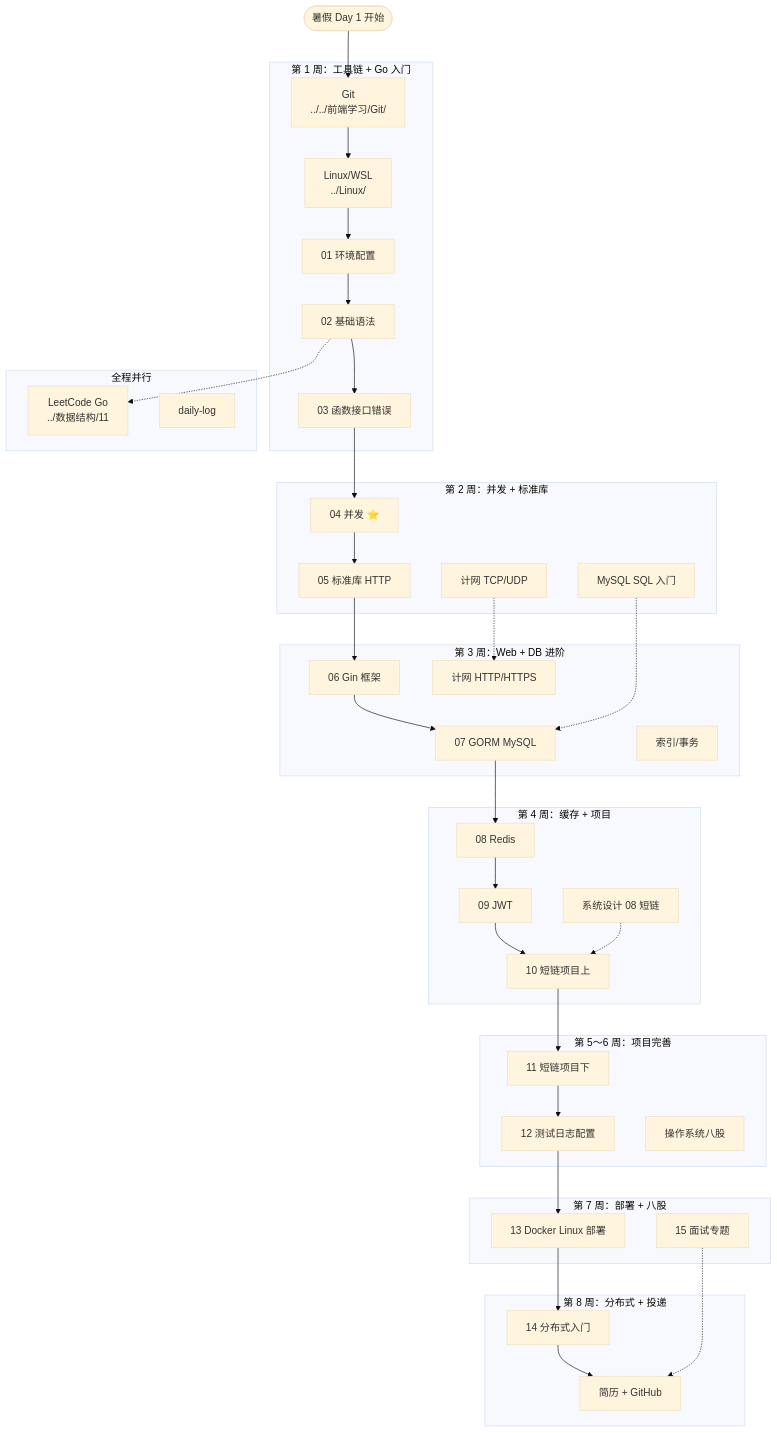
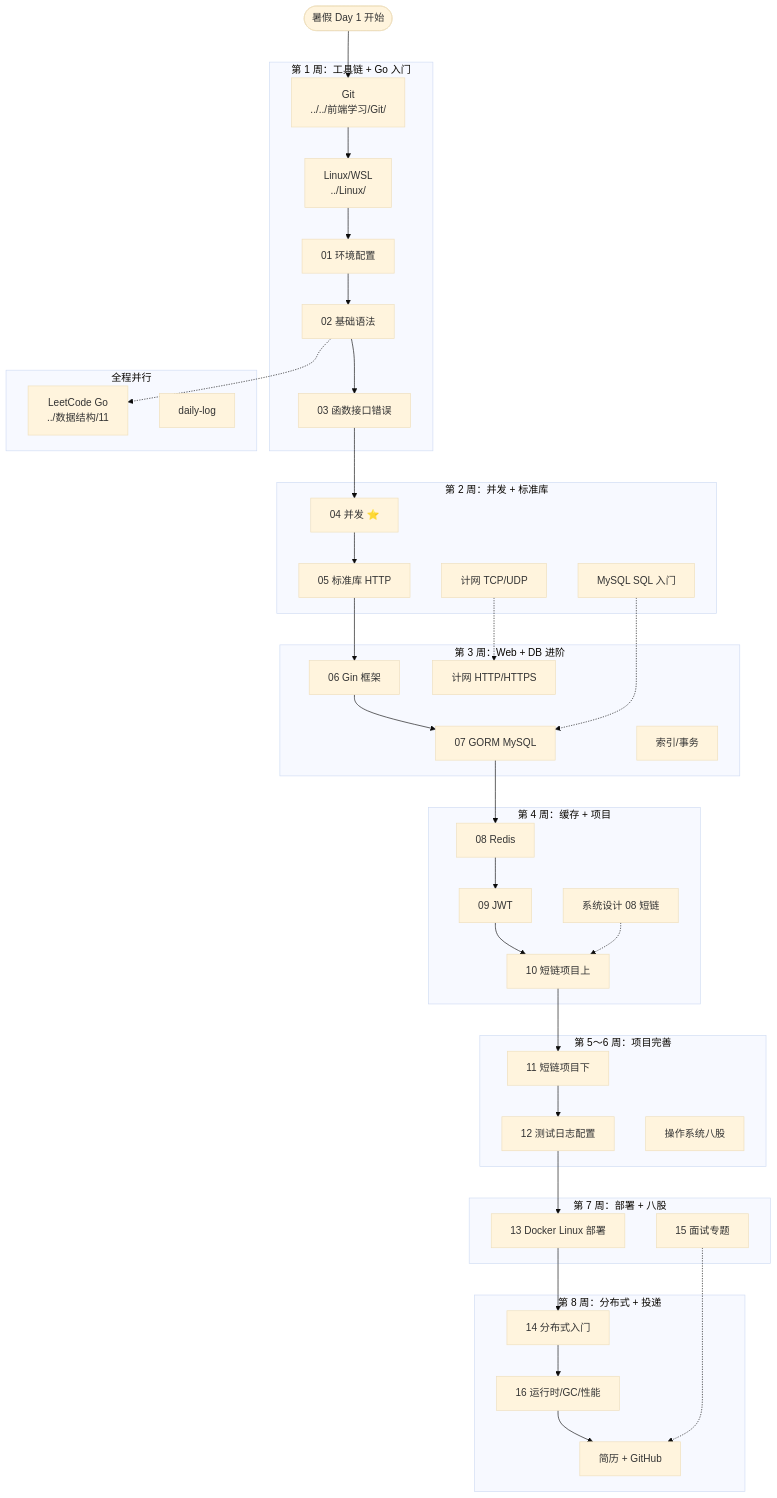
Before and after one commit to moqix26/study: the second of 3 diagrams in 后端学习/Go/00-学习路线图与说明.md, drawn with Mermaid (base theme). The commit also changed other lines of this file and 17 other files, not shown here.

````diff
--- a/后端学习/Go/00-学习路线图与说明.md
+++ b/后端学习/Go/00-学习路线图与说明.md
@@ -163,68 +163,69 @@
 ```mermaid
 flowchart TB
     START([暑假 Day 1 开始])
 
     subgraph W1["第 1 周：工具链 + Go 入门"]
         GIT[Git<br/>../../前端学习/Git/]
         LINUX[Linux/WSL<br/>../Linux/]
         GO01[01 环境配置]
         GO02[02 基础语法]
         GO03[03 函数接口错误]
     end
 
     subgraph W2["第 2 周：并发 + 标准库"]
         GO04[04 并发 ⭐]
         GO05[05 标准库 HTTP]
         MYSQL0[MySQL SQL 入门]
         NET_TCP[计网 TCP/UDP]
     end
 
     subgraph W3["第 3 周：Web + DB 进阶"]
         GO06[06 Gin 框架]
         GO07[07 GORM MySQL]
         NET_HTTP[计网 HTTP/HTTPS]
         MYSQL1[索引/事务]
     end
 
     subgraph W4["第 4 周：缓存 + 项目"]
         GO08[08 Redis]
         GO09[09 JWT]
         GO10[10 短链项目上]
         SYS08[系统设计 08 短链]
     end
 
     subgraph W5W6["第 5～6 周：项目完善"]
         GO11[11 短链项目下]
         GO12[12 测试日志配置]
         OS[操作系统八股]
     end
 
     subgraph W7["第 7 周：部署 + 八股"]
         GO13[13 Docker Linux 部署]
         INTERVIEW[15 面试专题]
     end
 
     subgraph W8["第 8 周：分布式 + 投递"]
         GO14[14 分布式入门]
+        GO16[16 运行时/GC/性能]
         RESUME[简历 + GitHub]
     end
 
     subgraph 并行["全程并行"]
         LC[LeetCode Go<br/>../数据结构/11]
         LOG[daily-log]
     end
 
     START --> GIT --> LINUX
     LINUX --> GO01 --> GO02 --> GO03
     GO03 --> GO04 --> GO05
     GO05 --> GO06
     GO06 --> GO07 --> GO08 --> GO09
     GO09 --> GO10 --> GO11 --> GO12
-    GO12 --> GO13 --> GO14 --> RESUME
+    GO12 --> GO13 --> GO14 --> GO16 --> RESUME
 
     GO02 -.-> LC
     MYSQL0 -.-> GO07
     NET_TCP -.-> NET_HTTP
     SYS08 -.-> GO10
     INTERVIEW -.-> RESUME
 ```
````
